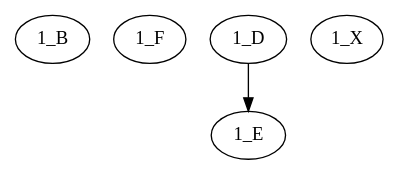
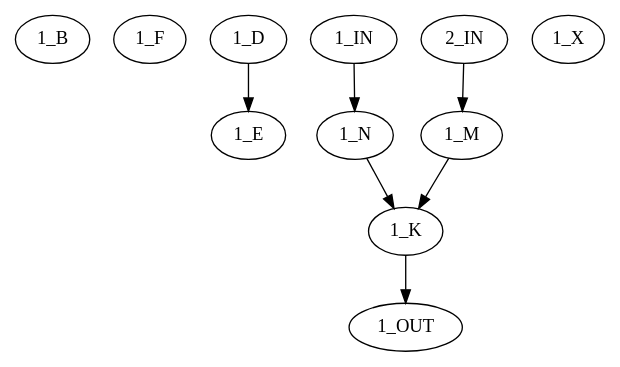
Before and after one commit to uwpktngiengo/DAGmodifier: the diagram in theOutputFile.dot, drawn with Graphviz. The commit also changed 12 other files, not shown here.

```diff
--- a/theOutputFile.dot
+++ b/theOutputFile.dot
@@ -1,9 +1,20 @@
 digraph D {
   "1_B"
   "1_F"
   "1_D"
   "1_E"
+  "1_IN"
+  "1_N"
+  "2_IN"
+  "1_M"
+  "1_K"
+  "1_OUT"
   "1_X"
 
   "1_D" -> "1_E"
+  "1_IN" -> "1_N"
+  "1_N" -> "1_K"
+  "2_IN" -> "1_M"
+  "1_M" -> "1_K"
+  "1_K" -> "1_OUT"
 }
```
